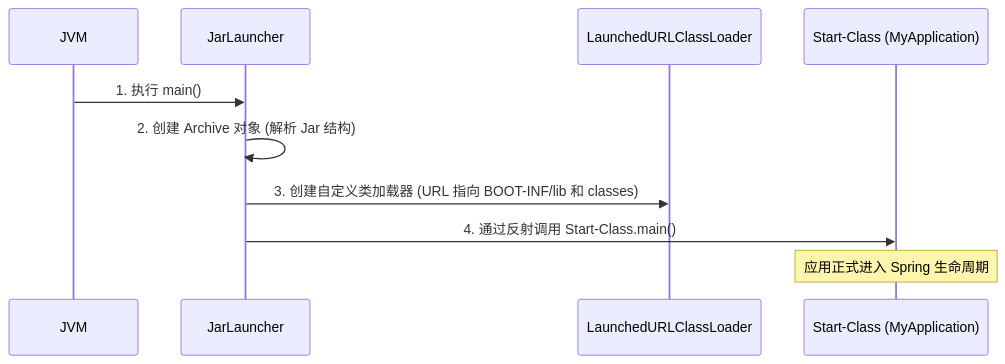
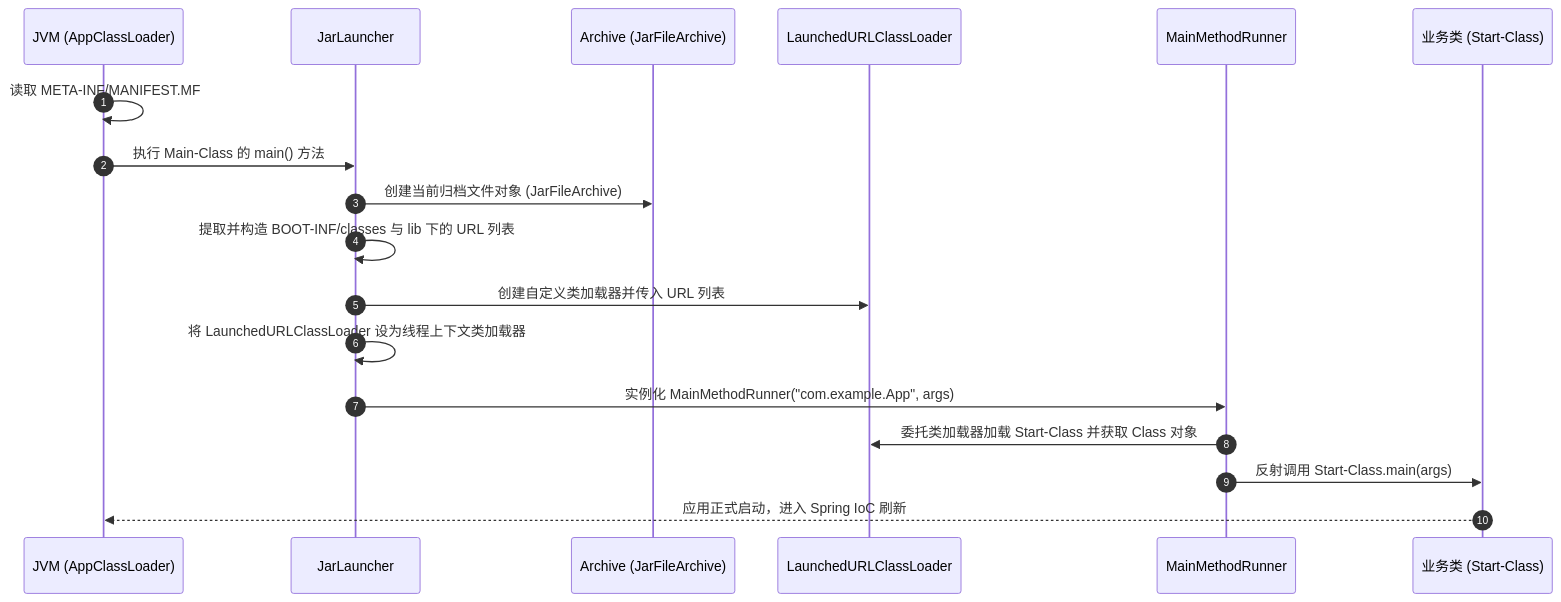
One commit to Aiden-Coding/AiDocs changed the diagram in docs/java/spring/springboot-fatjar.md. Above: the diagram before and after it, drawn with Mermaid. The commit also changed other lines of this file and 11 other files, not shown here.

````diff
--- a/docs/java/spring/springboot-fatjar.md
+++ b/docs/java/spring/springboot-fatjar.md
@@ -50,13 +44,21 @@
 ```mermaid
 sequenceDiagram
-    participant JVM
-    participant JarLauncher
-    participant LaunchedURLClassLoader
-    participant App as Start-Class (MyApplication)
+    autonumber
+    participant JVM as JVM (AppClassLoader)
+    participant JL as JarLauncher
+    participant Archive as Archive (JarFileArchive)
+    participant LCL as LaunchedURLClassLoader
+    participant Runner as MainMethodRunner
+    participant App as 业务类 (Start-Class)
 
-    JVM->>JarLauncher: 1. 执行 main()
-    JarLauncher->>JarLauncher: 2. 创建 Archive 对象 (解析 Jar 结构)
-    JarLauncher->>LaunchedURLClassLoader: 3. 创建自定义类加载器 (URL 指向 BOOT-INF/lib 和 classes)
-    JarLauncher->>App: 4. 通过反射调用 Start-Class.main()
-    Note over App: 应用正式进入 Spring 生命周期
+    JVM->>JVM: 读取 META-INF/MANIFEST.MF
+    JVM->>JL: 执行 Main-Class 的 main() 方法
+    JL->>Archive: 创建当前归档文件对象 (JarFileArchive)
+    JL->>JL: 提取并构造 BOOT-INF/classes 与 lib 下的 URL 列表
+    JL->>LCL: 创建自定义类加载器并传入 URL 列表
+    JL->>JL: 将 LaunchedURLClassLoader 设为线程上下文类加载器
+    JL->>Runner: 实例化 MainMethodRunner("com.example.App", args)
+    Runner->>LCL: 委托类加载器加载 Start-Class 并获取 Class 对象
+    Runner->>App: 反射调用 Start-Class.main(args)
+    App-->>JVM: 应用正式启动，进入 Spring IoC 刷新
 ```
````
